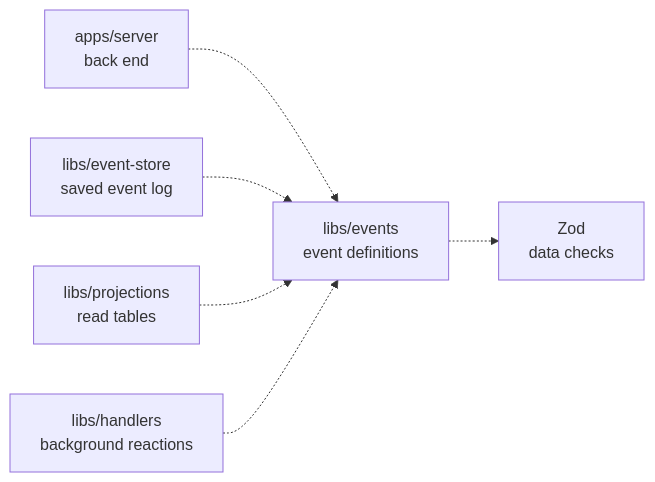
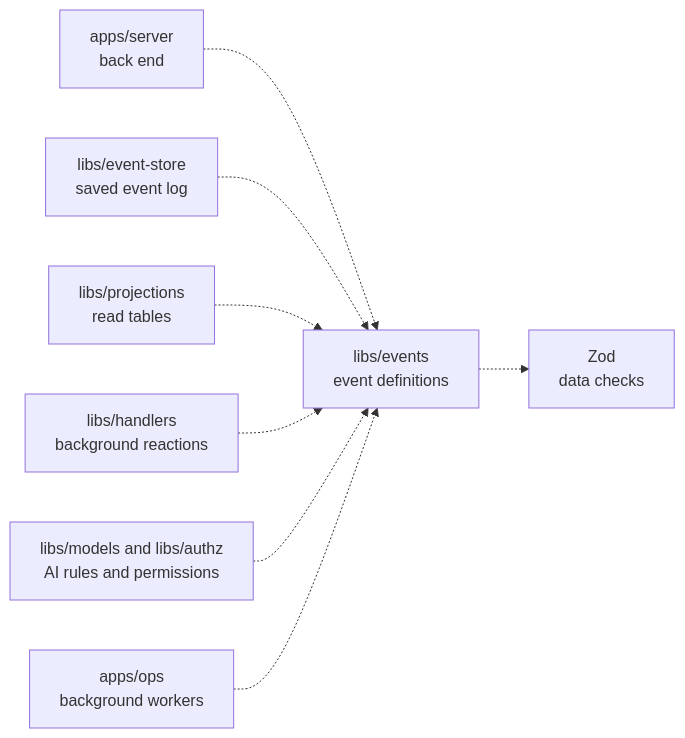
The diagram in libs/events/README.md (elewa-git/opencrane-new), drawn with Mermaid before and after one commit. The commit also changed other lines of this file and 4 other files, not shown here.

````diff
--- a/libs/events/README.md
+++ b/libs/events/README.md
@@ -16,8 +22,10 @@
 ```mermaid
 flowchart LR
   server["apps/server<br/>back end"] -.-> events["libs/events<br/>event definitions"]
   store["libs/event-store<br/>saved event log"] -.-> events
   projections["libs/projections<br/>read tables"] -.-> events
   handlers["libs/handlers<br/>background reactions"] -.-> events
+  others["libs/models and libs/authz<br/>AI rules and permissions"] -.-> events
+  ops["apps/ops<br/>background workers"] -.-> events
   events -.-> zod["Zod<br/>data checks"]
 ```
````
